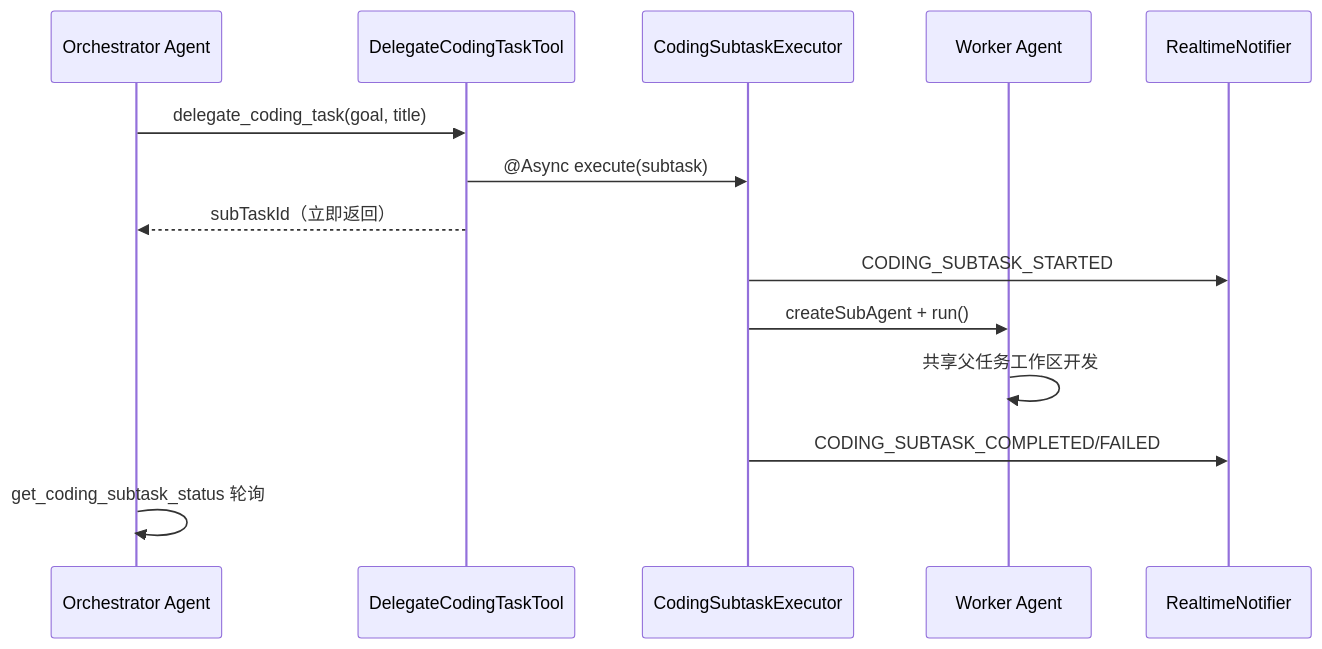
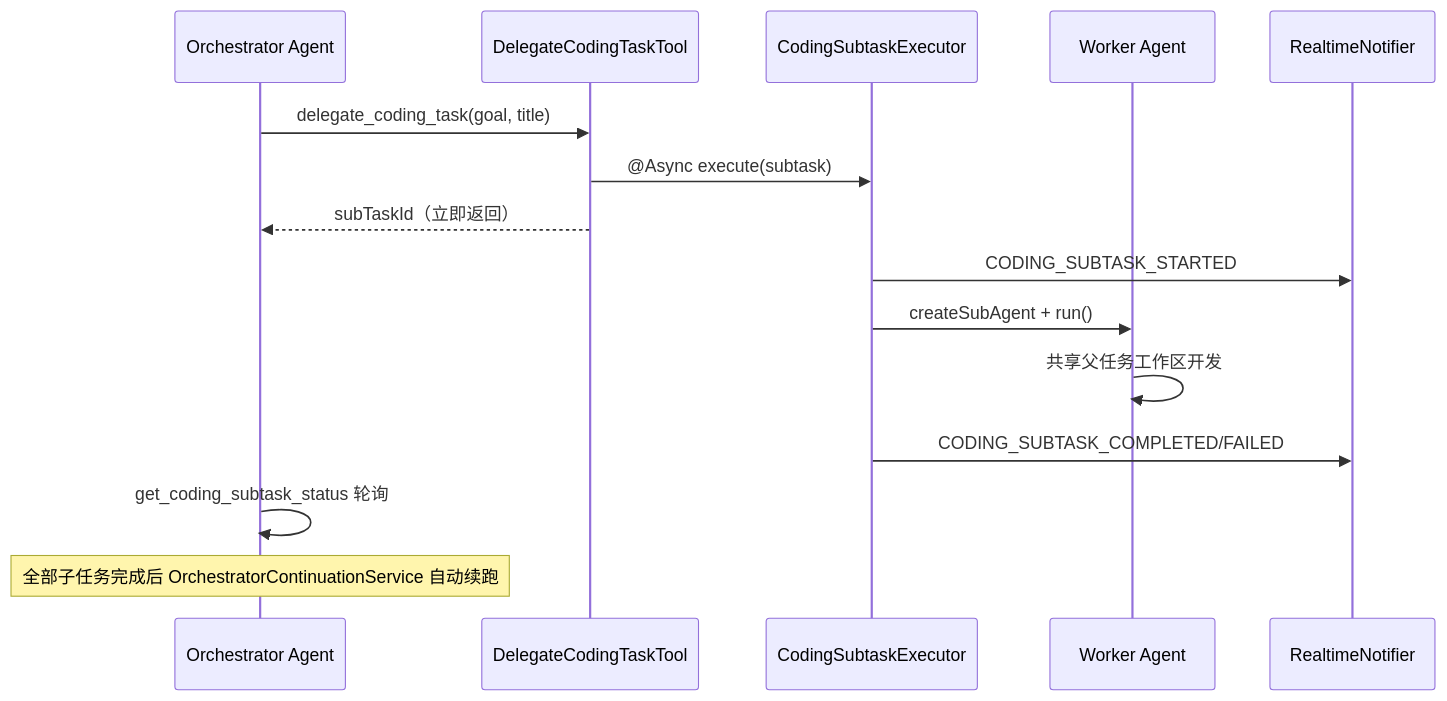
The third of 4 diagrams in JChatMind/jchatmind/src/main/out/Phase3_架构设计.md (spectralfan/-claude-agent-), drawn with Mermaid before and after one commit. The commit also changed other lines of this file and 55 other files, not shown here.

````diff
--- a/JChatMind/jchatmind/src/main/out/Phase3_架构设计.md
+++ b/JChatMind/jchatmind/src/main/out/Phase3_架构设计.md
@@ -153,17 +168,18 @@
 ```mermaid
 sequenceDiagram
   participant Parent as Orchestrator Agent
   participant Del as DelegateCodingTaskTool
   participant Exec as CodingSubtaskExecutor
   participant Worker as Worker Agent
   participant SSE as RealtimeNotifier
 
   Parent->>Del: delegate_coding_task(goal, title)
   Del->>Exec: @Async execute(subtask)
   Del-->>Parent: subTaskId（立即返回）
   Exec->>SSE: CODING_SUBTASK_STARTED
   Exec->>Worker: createSubAgent + run()
   Worker->>Worker: 共享父任务工作区开发
   Exec->>SSE: CODING_SUBTASK_COMPLETED/FAILED
   Parent->>Parent: get_coding_subtask_status 轮询
+  Note over Parent: 全部子任务完成后 OrchestratorContinuationService 自动续跑
 ```
````
